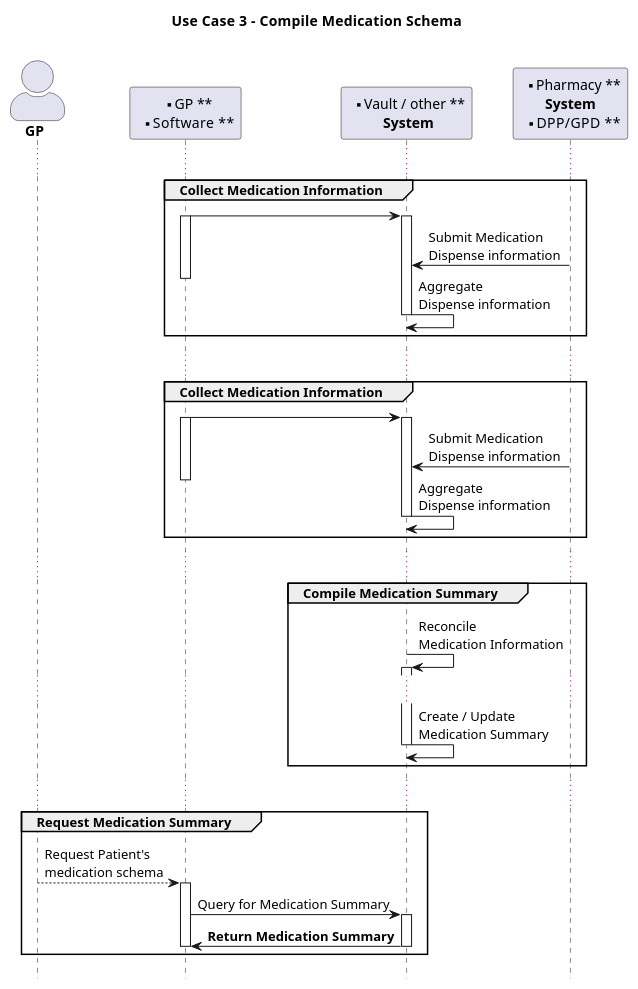
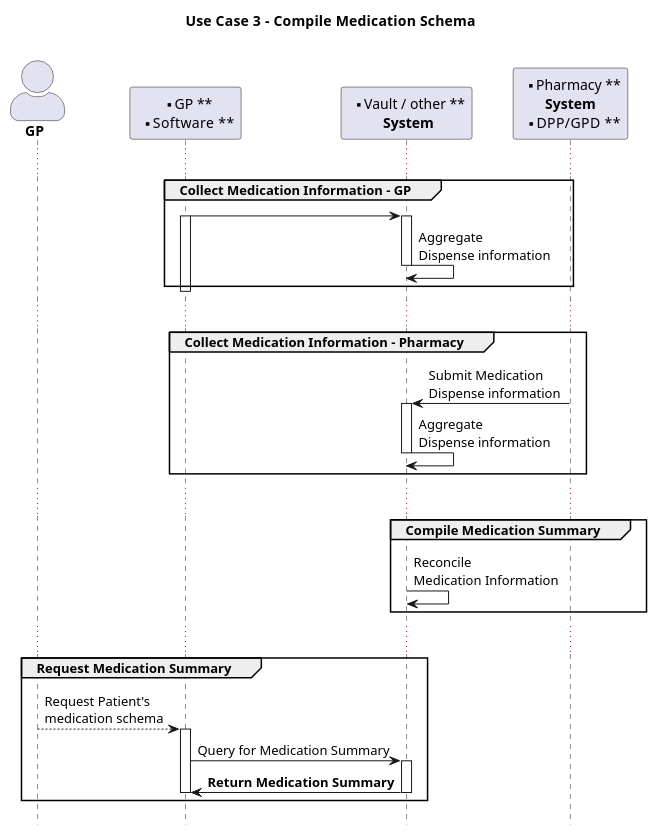
Before and after one commit to jcostateixeira/riziv-medication-record: the diagram in input/images-source/usecase-medicationschema-3.plantuml, drawn with PlantUML.

Commit message:
update use case 3 diagram

```diff
--- a/input/images-source/usecase-medicationschema-3.plantuml
+++ b/input/images-source/usecase-medicationschema-3.plantuml
@@ -1,63 +1,56 @@
 @startuml
 title Use Case 3  -  Compile Medication Schema \n
 skinparam actorStyle awesome
 !pragma teoz true
 hide footbox
 
 '!include ./style.iuml
 
 'actor "**Patient**" as P
 actor "**GP**" as GP
 Participant "** GP **\n**  Software  **" as GPS
 Participant "** Vault / other **\n **  System  **" as V
 Participant "** Pharmacy **\n **  System  ** \n**  DPP/GPD  **" as Src
 
 ...
 
-group Collect Medication Information
+group Collect Medication Information - GP
 GPS -> V
 activate GPS
 activate V
-Src -> V : Submit Medication\nDispense information
+V -> V : Aggregate\nDispense information
 deactivate GPS
-V -> V : Aggregate\nDispense information
 deactivate V
 
 end
 ...
 
-group Collect Medication Information
-GPS -> V
-activate GPS
+group Collect Medication Information - Pharmacy
+Src -> V : Submit Medication\nDispense information
 activate V
-Src -> V : Submit Medication\nDispense information
 deactivate GPS
 V -> V : Aggregate\nDispense information
 deactivate V
 
 end
 
 ...
 
 group Compile Medication Summary
 V -> V : Reconcile \nMedication Information
-activate V
-...
-V -> V : Create / Update\nMedication Summary
-deactivate V
 end
 
 ...
 
 group Request Medication Summary
 GP --> GPS : Request Patient's\nmedication schema 
 activate GPS
 GPS -> V : Query for Medication Summary
 activate V
 GPS <- V : **Return Medication Summary**
 deactivate V
 deactivate GPS
 end
 
 
 @enduml
```
